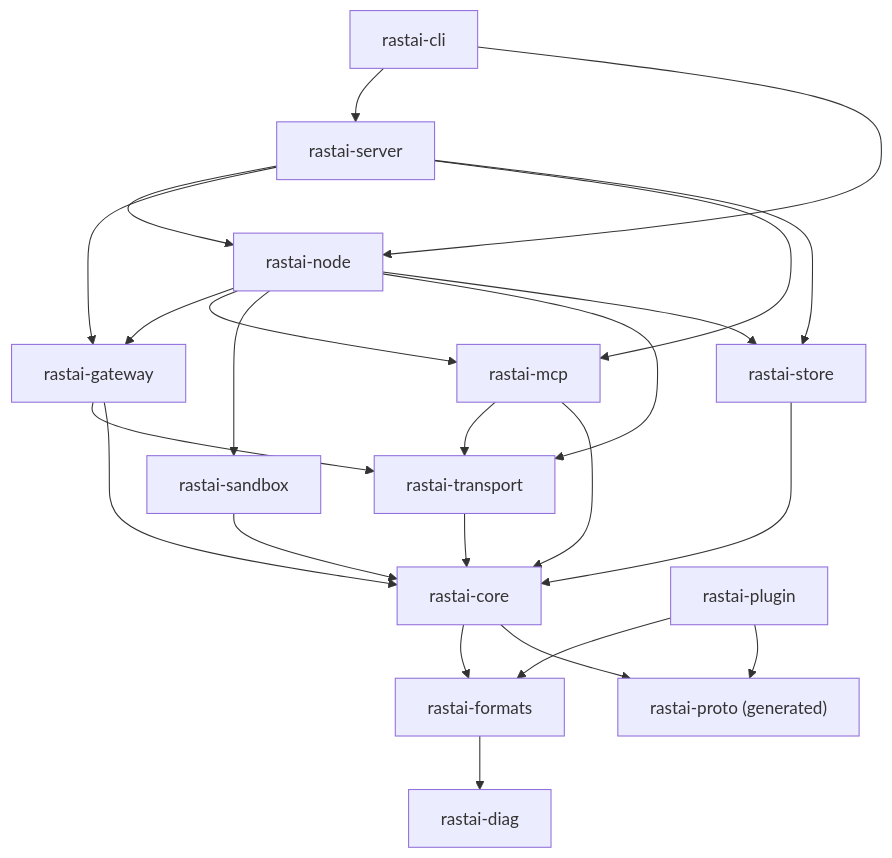
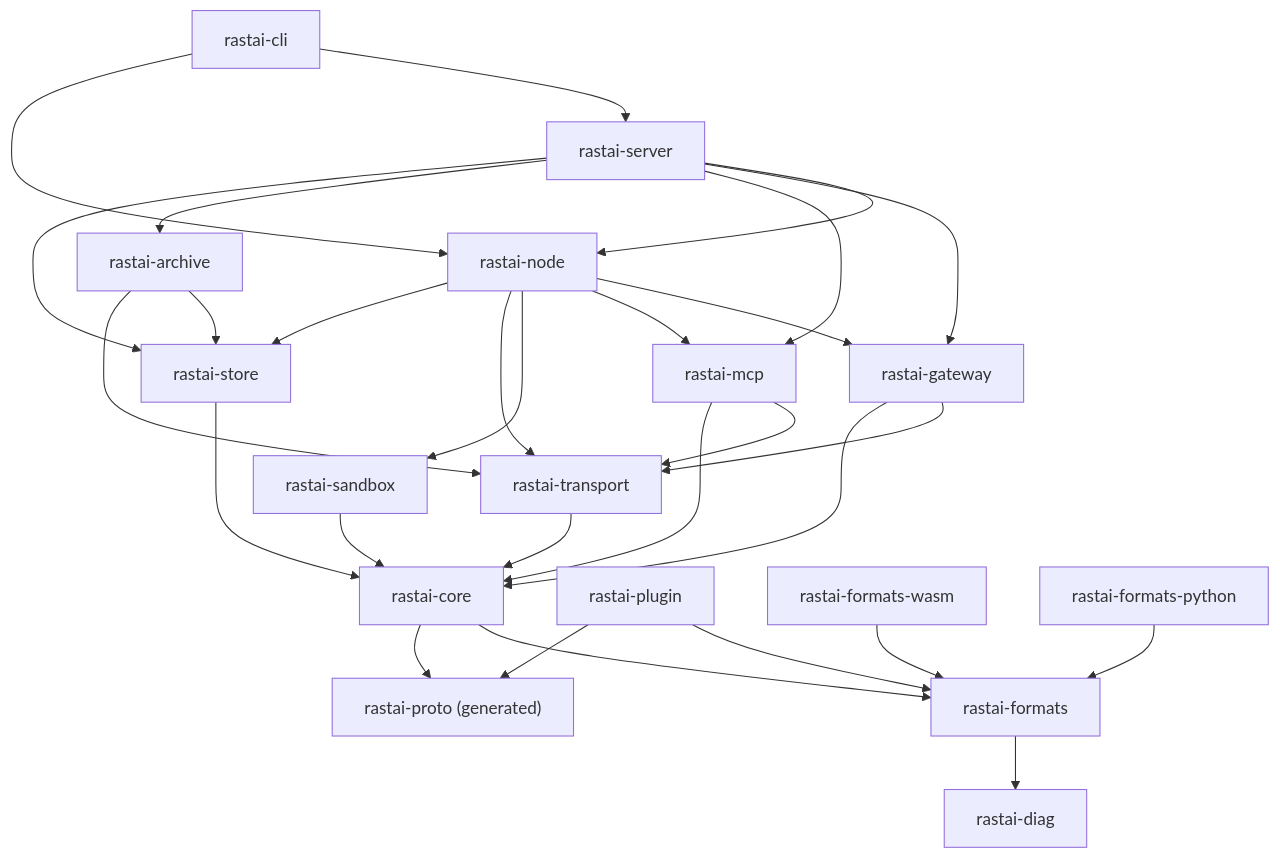
One commit to Snubiss/RASTAI-Research-Studio changed the first of 4 diagrams in docs/architecture/contracts.md. Above: the diagram before and after it, drawn with Mermaid. The commit also changed other lines of this file and 44 other files, not shown here.

````diff
--- a/docs/architecture/contracts.md
+++ b/docs/architecture/contracts.md
@@ -221,26 +274,31 @@
 ```mermaid
 flowchart TD
   CLI["rastai-cli"] --> SRV["rastai-server"]
   CLI --> NODE["rastai-node"]
   SRV --> NODE
   SRV --> GW["rastai-gateway"]
   SRV --> MCP["rastai-mcp"]
+  SRV --> ARCH["rastai-archive"]
   SRV --> STORE["rastai-store"]
+  ARCH --> STORE
+  ARCH --> TR["rastai-transport"]
   NODE --> GW
   NODE --> MCP
   NODE --> SBX["rastai-sandbox"]
-  NODE --> TR["rastai-transport"]
+  NODE --> TR
   NODE --> STORE
   GW --> TR
   MCP --> TR
   GW --> CORE["rastai-core"]
   MCP --> CORE
   STORE --> CORE
   SBX --> CORE
   TR --> CORE
   PLG["rastai-plugin"] --> FMT["rastai-formats"]
   PLG --> PROTO["rastai-proto (generated)"]
   CORE --> FMT
   CORE --> PROTO
   FMT --> DIAG["rastai-diag"]
+  WASM["rastai-formats-wasm"] --> FMT
+  PYB["rastai-formats-python"] --> FMT
 ```
````
